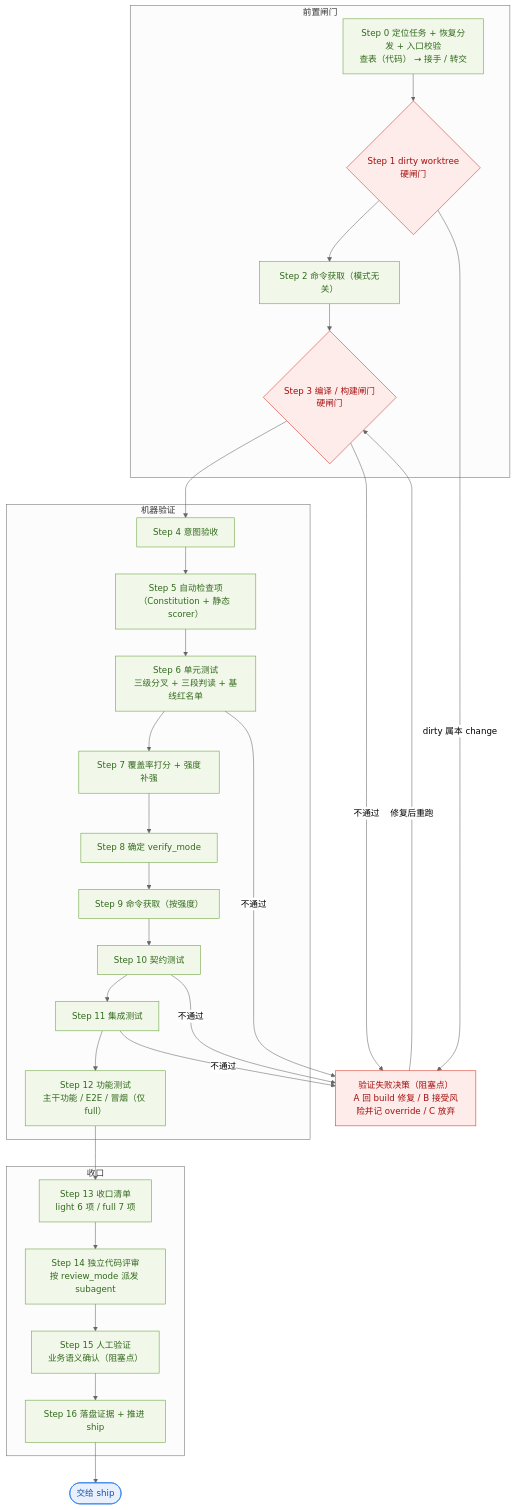
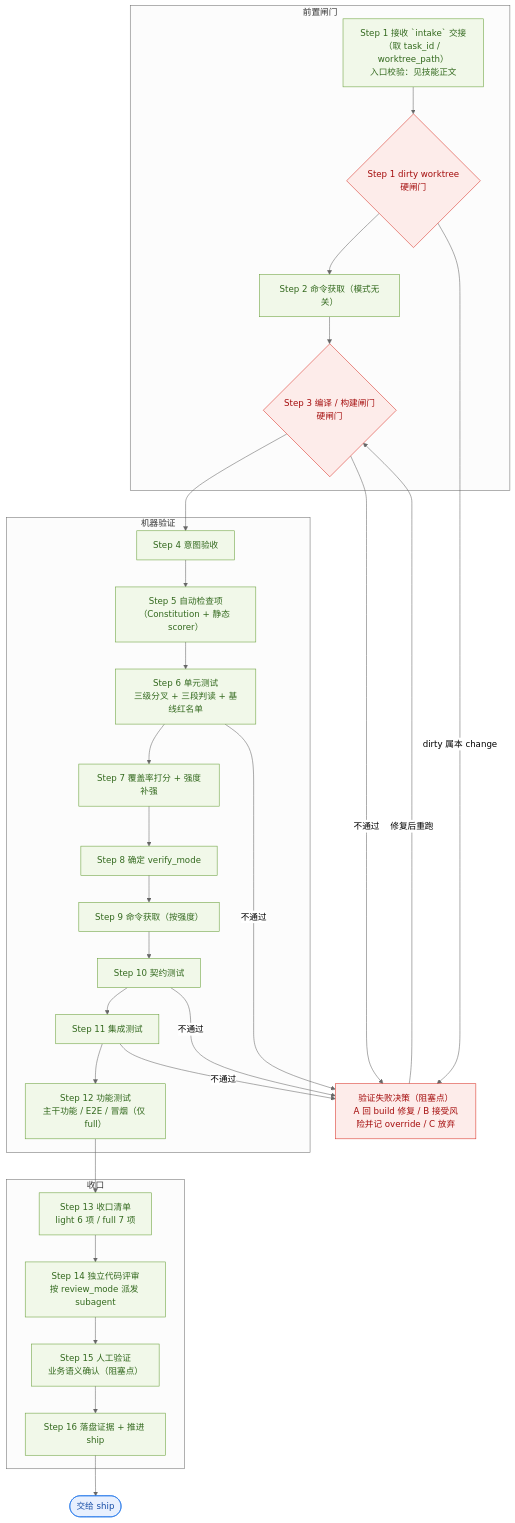
One commit to incodingless/polaris-flow changed the ninth of 12 diagrams in docs/architecture/coding-workflow-flows.md. Above: the diagram before and after it, drawn with Mermaid (neutral theme). The commit also changed other lines of this file and 46 other files, not shown here.

````diff
--- a/docs/architecture/coding-workflow-flows.md
+++ b/docs/architecture/coding-workflow-flows.md
@@ -415,49 +404,49 @@
 ```mermaid
 flowchart TD
     subgraph PRE["前置闸门"]
-        V0["Step 0 定位任务 + 恢复分发 + 入口校验<br/>查表（代码） → 接手 / 转交"]
+        V0["Step 1 接收 `intake` 交接（取 task_id / worktree_path）<br/>入口校验：见技能正文"]
         V1{"Step 1 dirty worktree<br/>硬闸门"}
         V2["Step 2 命令获取（模式无关）"]
         V3{"Step 3 编译 / 构建闸门<br/>硬闸门"}
         V0 --> V1 --> V2 --> V3
     end
 
     subgraph MACHINE["机器验证"]
         V4["Step 4 意图验收"]
         V5["Step 5 自动检查项（Constitution + 静态 scorer）"]
         V6["Step 6 单元测试<br/>三级分叉 + 三段判读 + 基线红名单"]
         V7["Step 7 覆盖率打分 + 强度补强"]
         V8["Step 8 确定 verify_mode"]
         V9["Step 9 命令获取（按强度）"]
         V10["Step 10 契约测试"]
         V11["Step 11 集成测试"]
         V12["Step 12 功能测试<br/>主干功能 / E2E / 冒烟（仅 full）"]
         V4 --> V5 --> V6 --> V7 --> V8 --> V9 --> V10 --> V11 --> V12
     end
 
     subgraph CLOSE["收口"]
         V13["Step 13 收口清单<br/>light 6 项 / full 7 项"]
         V14["Step 14 独立代码评审<br/>按 review_mode 派发 subagent"]
         V15["Step 15 人工验证<br/>业务语义确认（阻塞点）"]
         V16["Step 16 落盘证据 + 推进 ship"]
         V13 --> V14 --> V15 --> V16
     end
 
     V3 --> V4
     V12 --> V13
     FAIL["验证失败决策（阻塞点）<br/>A 回 build 修复 / B 接受风险并记 override / C 放弃"]
     V1 -->|"dirty 属本 change"| FAIL
     V3 -->|"不通过"| FAIL
     V6 -->|"不通过"| FAIL
     V10 -->|"不通过"| FAIL
     V11 -->|"不通过"| FAIL
     FAIL -->|"修复后重跑"| V3
     V16 --> VFINAL(["交给 ship"])
 
     classDef step fill:#f1f8e9,stroke:#689f38,color:#33691e
     classDef gate fill:#fdecea,stroke:#d93025,color:#a50e0e
     classDef out fill:#e8f0fe,stroke:#1a73e8,color:#174ea6
     class V0,V2,V4,V5,V6,V7,V8,V9,V10,V11,V12,V13,V14,V15,V16 step
     class V1,V3,FAIL gate
     class VFINAL out
 ```
````
